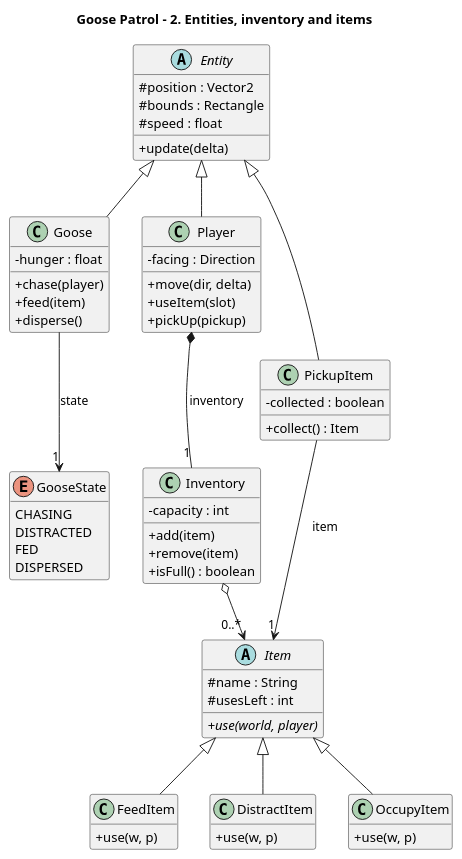
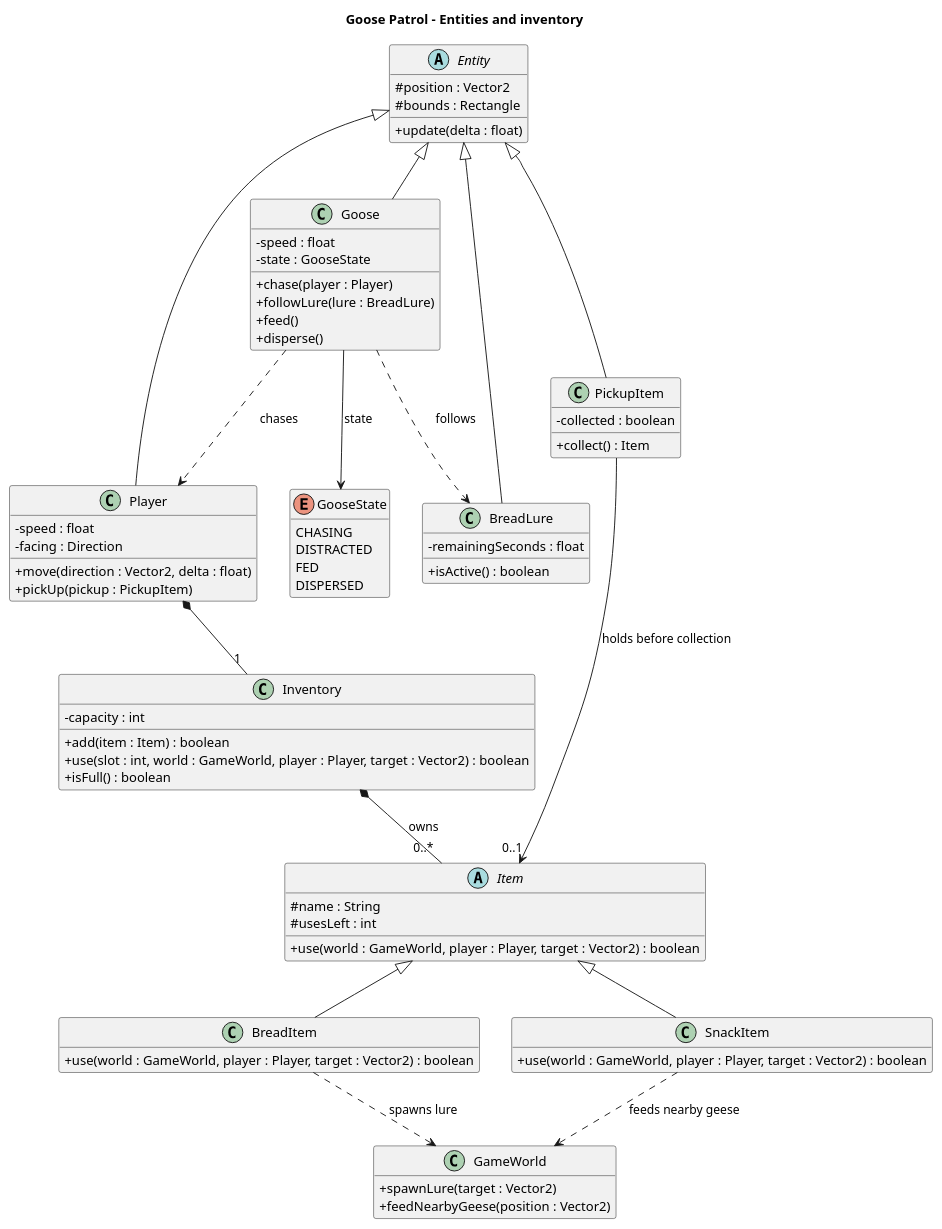
The diagram in 02-entities-items.puml (mnd514-cloud/GameChangersGooseGame), drawn with PlantUML before and after one commit. The commit also changed 5 other files, not shown here.

Commit message:
UML changes

```diff
--- a/02-entities-items.puml
+++ b/02-entities-items.puml
@@ -1,91 +1,78 @@
 @startuml 02-entities-items
-title Goose Patrol - 2. Entities, inventory and items
-
-' ---- display settings: leave as they are ----
+title Goose Patrol - Entities and inventory
 skinparam classAttributeIconSize 0
 skinparam shadowing false
 hide empty members
 
-' ---- entities (things on the map) ----
 abstract class Entity {
-  # position : Vector2
-  # bounds : Rectangle
-  # speed : float
-  + update(delta)
+  #position : Vector2
+  #bounds : Rectangle
+  +update(delta : float)
 }
-
+class Player {
+  -speed : float
+  -facing : Direction
+  +move(direction : Vector2, delta : float)
+  +pickUp(pickup : PickupItem)
+}
 class Goose {
-  - hunger : float
-  + chase(player)
-  + feed(item)
-  + disperse()
+  -speed : float
+  -state : GooseState
+  +chase(player : Player)
+  +followLure(lure : BreadLure)
+  +feed()
+  +disperse()
 }
-
-class Player {
-  - facing : Direction
-  + move(dir, delta)
-  + useItem(slot)
-  + pickUp(pickup)
-}
-
-class PickupItem {
-  - collected : boolean
-  + collect() : Item
-}
-
 enum GooseState {
   CHASING
   DISTRACTED
   FED
   DISPERSED
 }
-
-' ---- inventory and items ----
+class PickupItem {
+  -collected : boolean
+  +collect() : Item
+}
+class BreadLure {
+  -remainingSeconds : float
+  +isActive() : boolean
+}
 class Inventory {
-  - capacity : int
-  + add(item)
-  + remove(item)
-  + isFull() : boolean
+  -capacity : int
+  +add(item : Item) : boolean
+  +use(slot : int, world : GameWorld, player : Player, target : Vector2) : boolean
+  +isFull() : boolean
+}
+abstract class Item {
+  #name : String
+  #usesLeft : int
+  +use(world : GameWorld, player : Player, target : Vector2) : boolean
+}
+class BreadItem {
+  +use(world : GameWorld, player : Player, target : Vector2) : boolean
+}
+class SnackItem {
+  +use(world : GameWorld, player : Player, target : Vector2) : boolean
+}
+class GameWorld {
+  +spawnLure(target : Vector2)
+  +feedNearbyGeese(position : Vector2)
 }
 
-abstract class Item {
-  # name : String
-  # usesLeft : int
-  + {abstract} use(world, player)
-}
+Entity <|-- Player
+Entity <|-- Goose
+Entity <|-- PickupItem
+Entity <|-- BreadLure
+Player *-- "1" Inventory
+Inventory *-- "0..*" Item : owns
+PickupItem --> "0..1" Item : holds before collection
+Item <|-- BreadItem
+Item <|-- SnackItem
+Goose --> GooseState : state
+Goose ..> Player : chases
+Goose ..> BreadLure : follows
+BreadItem ..> GameWorld : spawns lure
+SnackItem ..> GameWorld : feeds nearby geese
 
-class FeedItem {
-  + use(w, p)
-}
-
-class DistractItem {
-  + use(w, p)
-}
-
-class OccupyItem {
-  + use(w, p)
-}
-
-' ---- relationships ----
-' <|-- = inheritance, *-- = composition, o-- = aggregation, --> = association
-Entity <|-- Goose
-Entity <|-- Player
-Entity <|-- PickupItem
-
-Goose --> "1" GooseState : state
-Player *-- "1" Inventory : inventory
-Inventory o--> "0..*" Item
-PickupItem --> "1" Item : item
-
-Item <|-- FeedItem
-Item <|-- DistractItem
-Item <|-- OccupyItem
-
-' ---- optional: dependencies (uncomment the lines below to show them) ----
-' class GameWorld
-' Item ..> GameWorld : affects
-' Item ..> Player : used by
-' Goose ..> Player : chases
-' Goose ..> Item : fed with
 
 @enduml
```
